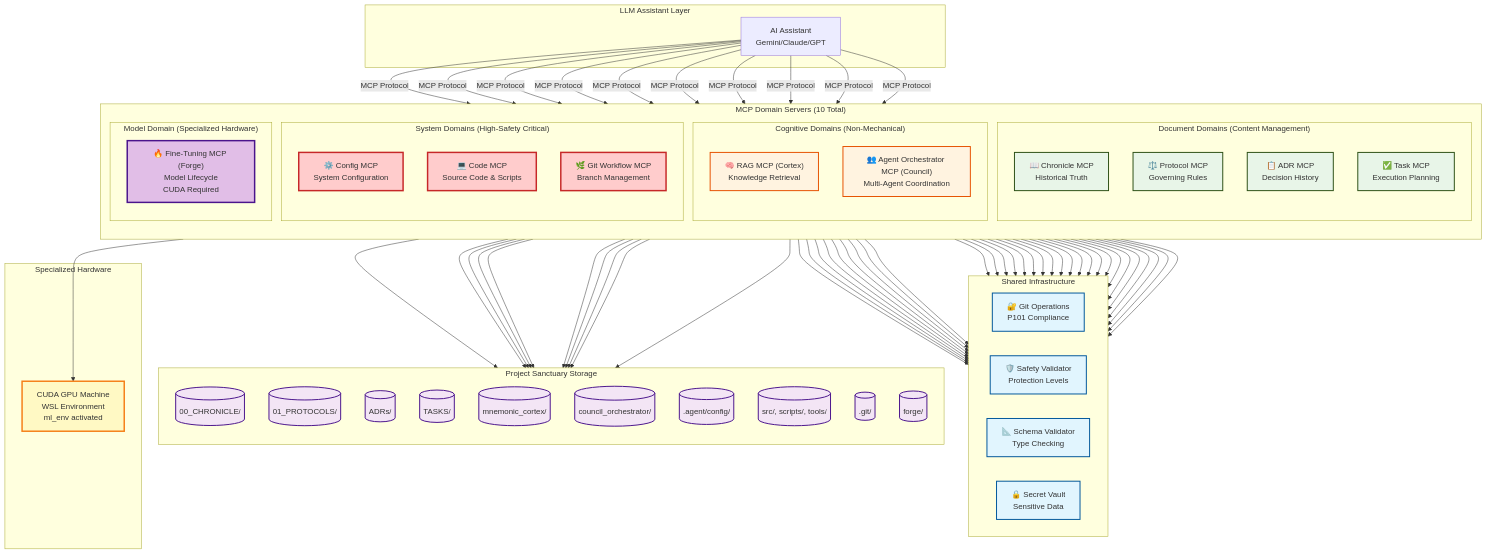
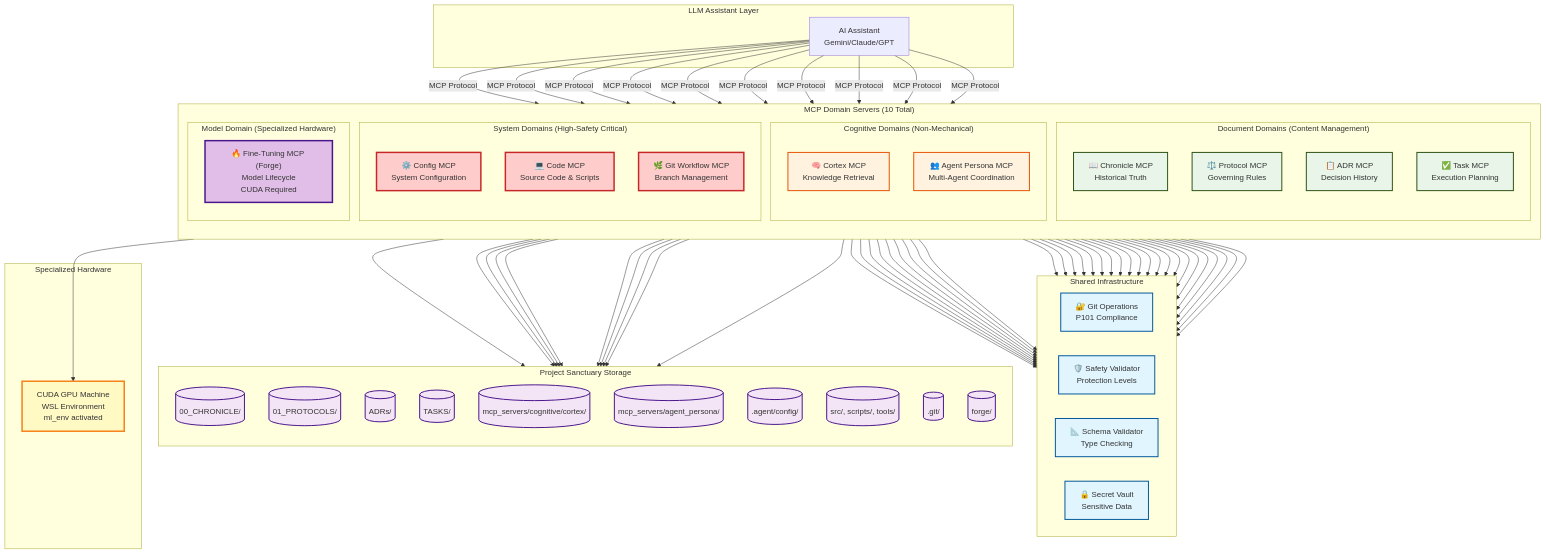
The diagram in docs/mcp/diagrams/domain_architecture_v4.mmd (richfrem/Project_Sanctuary), drawn with Mermaid before and after one commit. The commit also changed 16 other files, not shown here.

First line of the commit message:
docs(architecture): update all diagrams and docs to Agent Persona MCP and Cortex MCP

```diff
--- a/docs/mcp/diagrams/domain_architecture_v4.mmd
+++ b/docs/mcp/diagrams/domain_architecture_v4.mmd
@@ -1,147 +1,147 @@
 %% MCP Domain Architecture v4.0 - 10 Domain Servers
 %% Project Sanctuary - Complete Domain-Driven MCP Ecosystem
 %% Created: 2025-11-25
 %% Status: Final architecture with Git Workflow + Forge domains
 
 graph TB
     subgraph "LLM Assistant Layer"
         LLM[AI Assistant<br/>Gemini/Claude/GPT]
     end
     
     subgraph "MCP Domain Servers (10 Total)"
         direction TB
         
         subgraph "Document Domains (Content Management)"
             Chronicle[📖 Chronicle MCP<br/>Historical Truth]
             Protocol[⚖️ Protocol MCP<br/>Governing Rules]
             ADR[📋 ADR MCP<br/>Decision History]
             Task[✅ Task MCP<br/>Execution Planning]
         end
         
         subgraph "Cognitive Domains (Non-Mechanical)"
-            Cortex["🧠 RAG MCP (Cortex)<br/>Knowledge Retrieval"]
-            Council["👥 Agent Orchestrator MCP (Council)<br/>Multi-Agent Coordination"]
+            Cortex["🧠 Cortex MCP<br/>Knowledge Retrieval"]
+            AgentPersona["👥 Agent Persona MCP<br/>Multi-Agent Coordination"]
         end
         
         subgraph "System Domains (High-Safety Critical)"
             Config[⚙️ Config MCP<br/>System Configuration]
             Code[💻 Code MCP<br/>Source Code & Scripts]
             GitWorkflow[🌿 Git Workflow MCP<br/>Branch Management]
         end
         
         subgraph "Model Domain (Specialized Hardware)"
             Forge["🔥 Fine-Tuning MCP (Forge)<br/>Model Lifecycle<br/>CUDA Required"]
         end
     end
     
     subgraph "Shared Infrastructure"
         direction LR
         Git[🔐 Git Operations<br/>P101 Compliance]
         Safety[🛡️ Safety Validator<br/>Protection Levels]
         Schema[📐 Schema Validator<br/>Type Checking]
         Vault[🔒 Secret Vault<br/>Sensitive Data]
     end
     
     subgraph "Project Sanctuary Storage"
         direction TB
         ChronicleDir[(00_CHRONICLE/)]
         ProtocolDir[(01_PROTOCOLS/)]
         ADRDir[(ADRs/)]
         TaskDir[(TASKS/)]
-        CortexDir[(mnemonic_cortex/)]
-        CouncilDir[(council_orchestrator/)]
+        CortexDir[(mcp_servers/cognitive/cortex/)]
+        AgentPersonaDir[(mcp_servers/agent_persona/)]
         ConfigDir[(.agent/config/)]
         CodeDir[(src/, scripts/, tools/)]
         GitDir[(.git/)]
         ForgeDir[(forge/)]
     end
     
     subgraph "Specialized Hardware"
         CUDA[CUDA GPU Machine<br/>WSL Environment<br/>ml_env activated]
     end
     
     %% LLM to MCP connections
     LLM -->|MCP Protocol| Chronicle
     LLM -->|MCP Protocol| Protocol
     LLM -->|MCP Protocol| ADR
     LLM -->|MCP Protocol| Task
     LLM -->|MCP Protocol| Cortex
-    LLM -->|MCP Protocol| Council
+    LLM -->|MCP Protocol| AgentPersona
     LLM -->|MCP Protocol| Config
     LLM -->|MCP Protocol| Code
     LLM -->|MCP Protocol| GitWorkflow
     LLM -->|MCP Protocol| Forge
     
     %% Document domains use standard infrastructure
     Chronicle --> Git
     Chronicle --> Safety
     Chronicle --> Schema
     
     Protocol --> Git
     Protocol --> Safety
     Protocol --> Schema
     
     ADR --> Git
     ADR --> Safety
     ADR --> Schema
     
     Task --> Git
     Task --> Safety
     Task --> Schema
     
     %% Cognitive domains use safety/schema only
     Cortex --> Safety
     Cortex --> Schema
     
-    Council --> Safety
-    Council --> Schema
+    AgentPersona --> Safety
+    AgentPersona --> Schema
     
     %% System domains use ALL infrastructure + Vault
     Config --> Git
     Config --> Safety
     Config --> Schema
     Config --> Vault
     
     Code --> Git
     Code --> Safety
     Code --> Schema
     
     GitWorkflow --> Git
     GitWorkflow --> Safety
     GitWorkflow --> Schema
     
     %% Forge uses infrastructure + requires CUDA
     Forge --> Git
     Forge --> Safety
     Forge --> Schema
     Forge --> Vault
     Forge --> CUDA
     
     %% Storage connections
     Chronicle --> ChronicleDir
     Protocol --> ProtocolDir
     ADR --> ADRDir
     Task --> TaskDir
     Cortex --> CortexDir
-    Council --> CouncilDir
+    AgentPersona --> AgentPersonaDir
     Config --> ConfigDir
     Code --> CodeDir
     GitWorkflow --> GitDir
     Forge --> ForgeDir
     
     %% Styling
     classDef documentDomain fill:#e8f5e8,stroke:#2d5016,stroke-width:2px
     classDef cognitiveDomain fill:#fff3e0,stroke:#e65100,stroke-width:2px
     classDef systemDomain fill:#ffcccc,stroke:#c62828,stroke-width:3px
     classDef modelDomain fill:#e1bee7,stroke:#4a148c,stroke-width:3px
     classDef infrastructure fill:#e1f5fe,stroke:#01579b,stroke-width:2px
     classDef storage fill:#f3e5f5,stroke:#4a148c,stroke-width:2px
     classDef hardware fill:#fff9c4,stroke:#f57f17,stroke-width:3px
     
     class Chronicle,Protocol,ADR,Task documentDomain
-    class Cortex,Council cognitiveDomain
+    class Cortex,AgentPersona cognitiveDomain
     class Config,Code,GitWorkflow systemDomain
     class Forge modelDomain
     class Git,Safety,Schema,Vault infrastructure
-    class ChronicleDir,ProtocolDir,ADRDir,TaskDir,CortexDir,CouncilDir,ConfigDir,CodeDir,GitDir,ForgeDir storage
+    class ChronicleDir,ProtocolDir,ADRDir,TaskDir,CortexDir,AgentPersonaDir,ConfigDir,CodeDir,GitDir,ForgeDir storage
     class CUDA hardware
```
